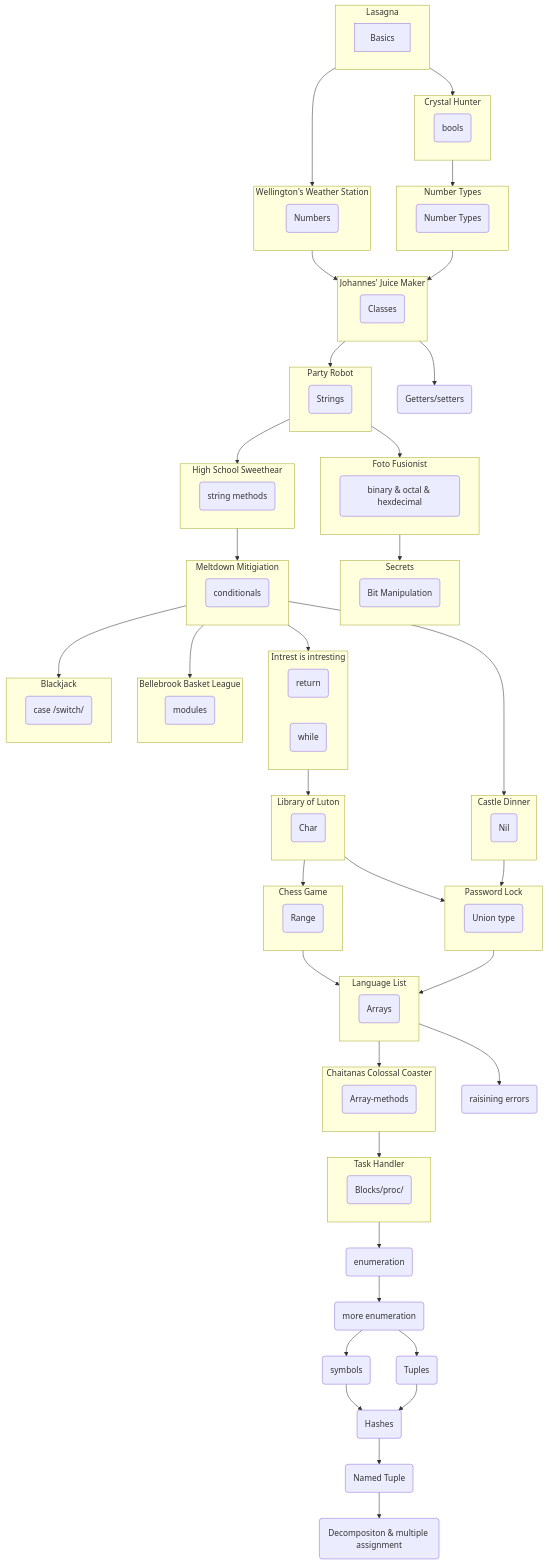
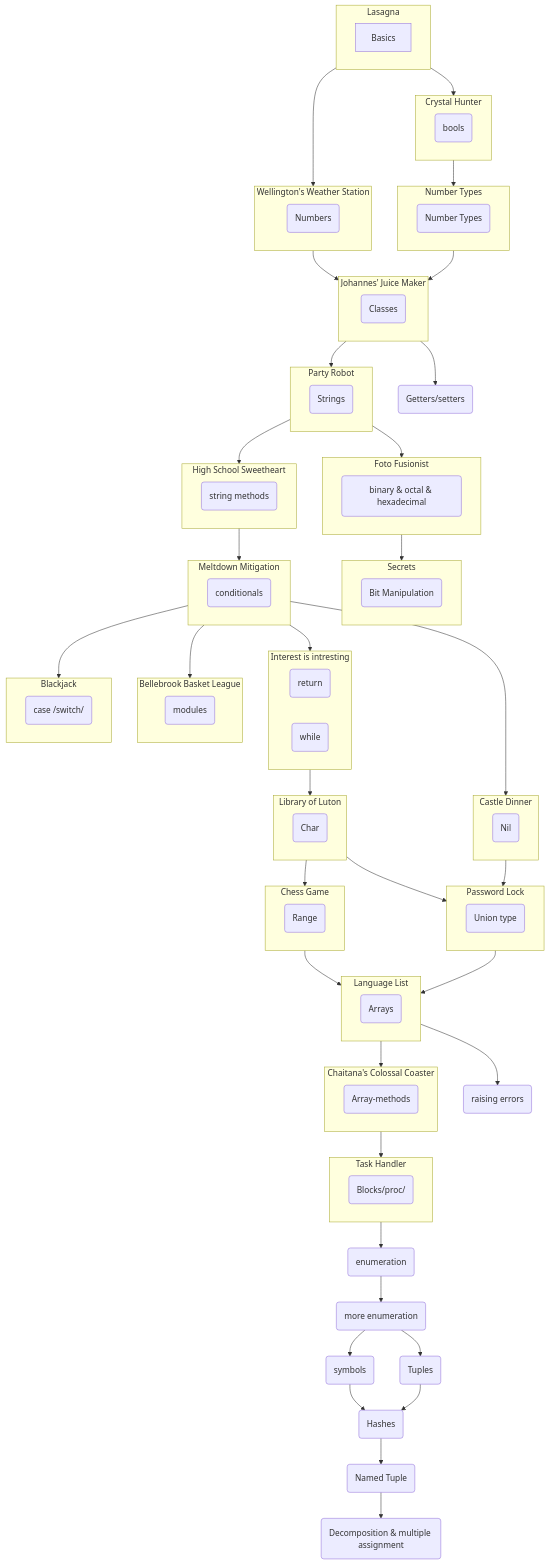
The diagram in misc/concept_tree.md (meatball133/crystal), drawn with Mermaid before and after one commit. The commit also changed other lines of this file, not shown here.

Commit message:
Fixes based on feedback

```diff
--- a/misc/concept_tree.md
+++ b/misc/concept_tree.md
@@ -33,22 +33,22 @@
     end
 
     subgraph S [Foto Fusionist]
-        d(binary & octal & hexdecimal)
+        d(binary & octal & hexadecimal)
     end
 
     subgraph T [Secrets]
         ad(Bit Manipulation)
     end
 
-    subgraph G [High School Sweethear]
+    subgraph G [High School Sweetheart]
         g(string methods)
     end
 
-    subgraph H [Meltdown Mitigiation]
+    subgraph H [Meltdown Mitigation]
         h(conditionals)
     end
 
-    subgraph I [Intrest is intresting]
+    subgraph I [Interest is intresting]
         i(return)
         j(while)
     end
@@ -59,10 +59,6 @@
 
     subgraph L [Blackjack]
         v(case /switch/)
-    end
-
-    subgraph M [Castle Dinner]
-        o(Nil)
     end
 
     subgraph M [Castle Dinner]
@@ -85,7 +81,7 @@
         q(Arrays)
     end
 
-    subgraph R [Chaitanas Colossal Coaster]
+    subgraph R [Chaitana's Colossal Coaster]
         r(Array-methods)
     end
 
@@ -120,14 +116,15 @@
 
 
     m(Getters/setters)
-    p(raisining errors)
+    p(raising errors)
+    s(Blocks/proc/)
     t(enumeration)
     u(more enumeration)
     x(symbols)
     y(Tuples)
     z(Hashes)
     aa(Named Tuple)
-    ab(Decompositon & multiple assignment)
+    ab(Decomposition & multiple assignment)
 
     Q --> p
     t --> u
```
